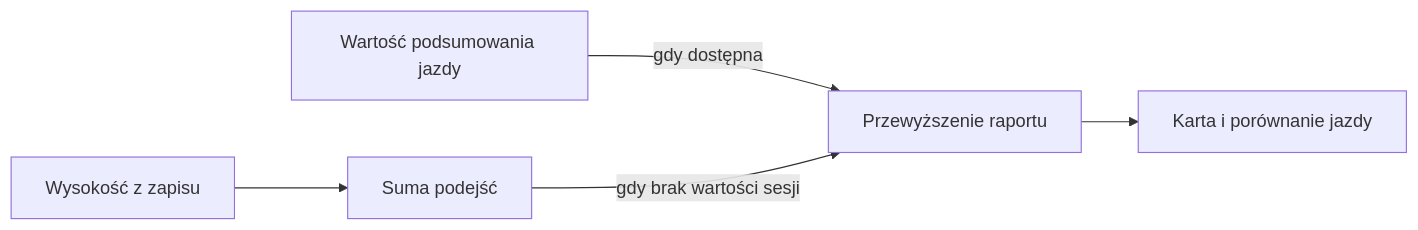
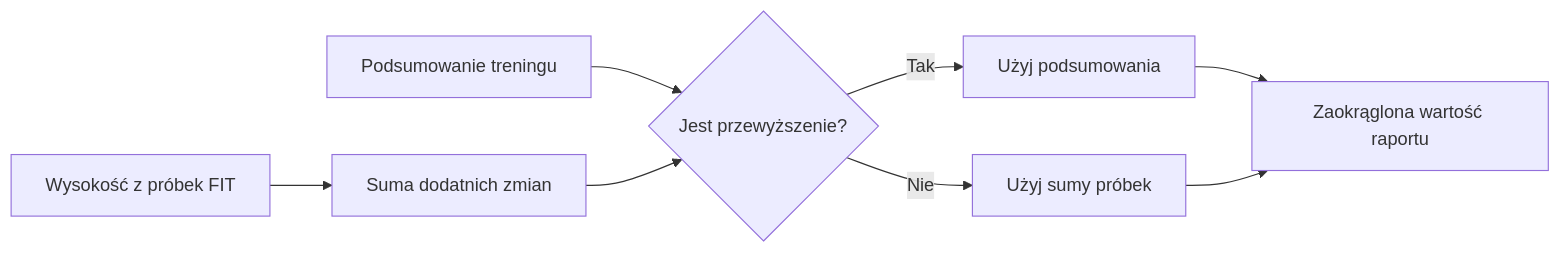
Before and after one commit to QbotMS/QbotQ: the diagram in docs/wiki/raport-jazdy/przewyzszenie.md, drawn with Mermaid. The commit also changed other lines of this file and 153 other files, not shown here.

````diff
--- a/docs/wiki/raport-jazdy/przewyzszenie.md
+++ b/docs/wiki/raport-jazdy/przewyzszenie.md
@@ -66,7 +81,10 @@
 ```mermaid
 flowchart LR
-  FIT[Wysokość z zapisu] --> Suma[Suma podejść]
-  Sesja[Wartość podsumowania jazdy] -->|gdy dostępna| Wynik[Przewyższenie raportu]
-  Suma -->|gdy brak wartości sesji| Wynik
-  Wynik --> Widok[Karta i porównanie jazdy]
+ A[Wysokość z próbek FIT] --> B[Suma dodatnich zmian]
+ C[Podsumowanie treningu] --> D{Jest przewyższenie?}
+ B --> D
+ D -->|Tak| E[Użyj podsumowania]
+ D -->|Nie| F[Użyj sumy próbek]
+ E --> G[Zaokrąglona wartość raportu]
+ F --> G
 ```
````
